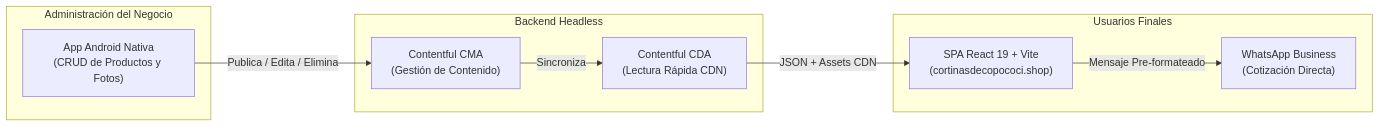
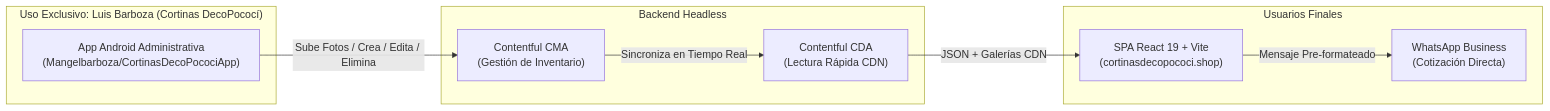
The diagram in README.md (Mangelbarboza/DecoPococi), drawn with Mermaid before and after one commit. The commit also changed other lines of this file, not shown here.

Commit message:
docs: agregar referencia a la app administrativa de Luis Barboza (CortinasDecoPocociApp)

````diff
--- a/README.md
+++ b/README.md
@@ -60,21 +61,21 @@
 ```mermaid
 flowchart LR
     subgraph Cliente["Usuarios Finales"]
         Web["SPA React 19 + Vite\n(cortinasdecopococi.shop)"]
         WA["WhatsApp Business\n(Cotización Directa)"]
     end
 
     subgraph Cloud["Backend Headless"]
         CDA["Contentful CDA\n(Lectura Rápida CDN)"]
-        CMA["Contentful CMA\n(Gestión de Contenido)"]
+        CMA["Contentful CMA\n(Gestión de Inventario)"]
     end
 
-    subgraph Admin["Administración del Negocio"]
-        App["App Android Nativa\n(CRUD de Productos y Fotos)"]
+    subgraph Admin["Uso Exclusivo: Luis Barboza (Cortinas DecoPococí)"]
+        App["App Android Administrativa\n(Mangelbarboza/CortinasDecoPocociApp)"]
     end
 
-    App -->|"Publica / Edita / Elimina"| CMA
-    CMA -->|"Sincroniza"| CDA
-    CDA -->|"JSON + Assets CDN"| Web
+    App -->|"Sube Fotos / Crea / Edita / Elimina"| CMA
+    CMA -->|"Sincroniza en Tiempo Real"| CDA
+    CDA -->|"JSON + Galerías CDN"| Web
     Web -->|"Mensaje Pre-formateado"| WA
 ```
````
